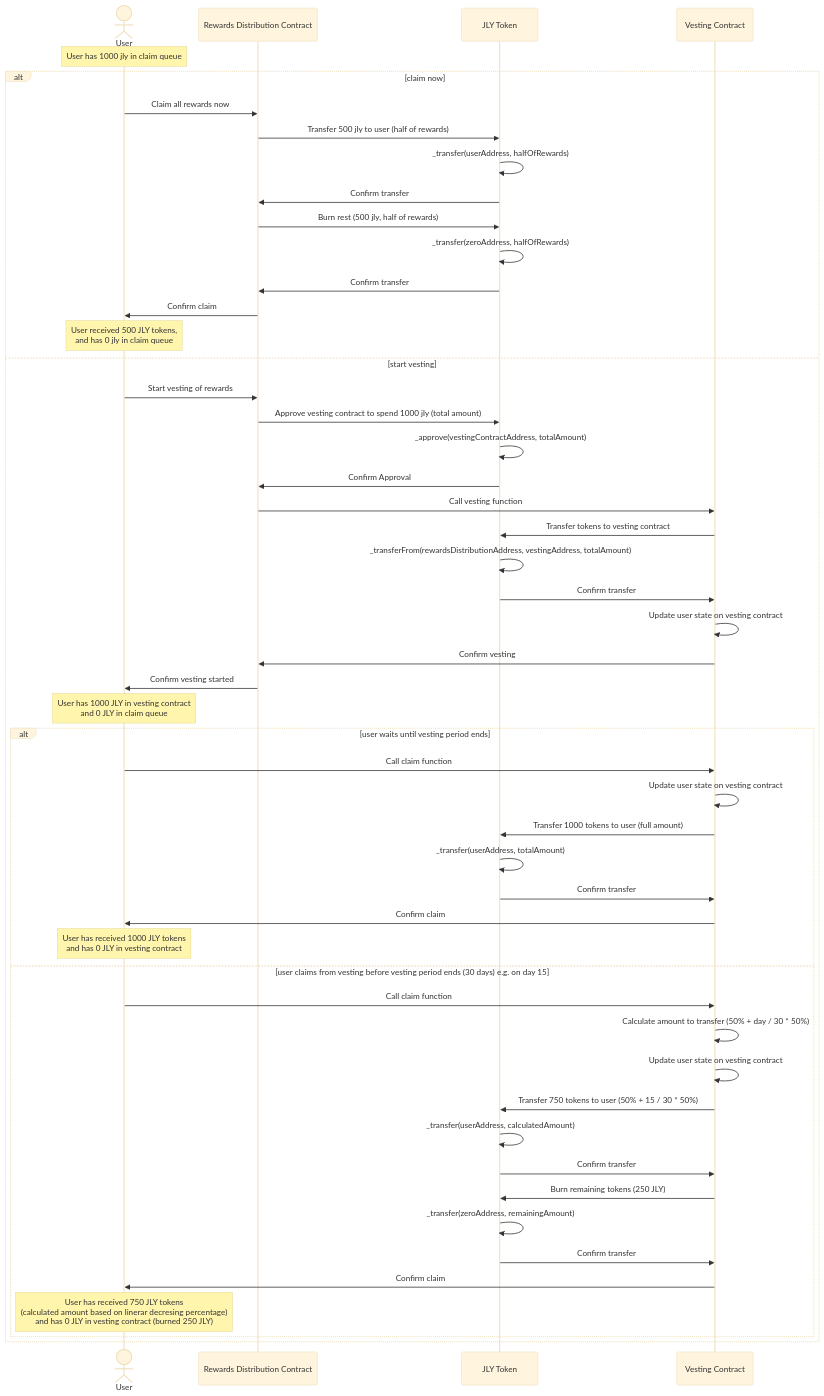
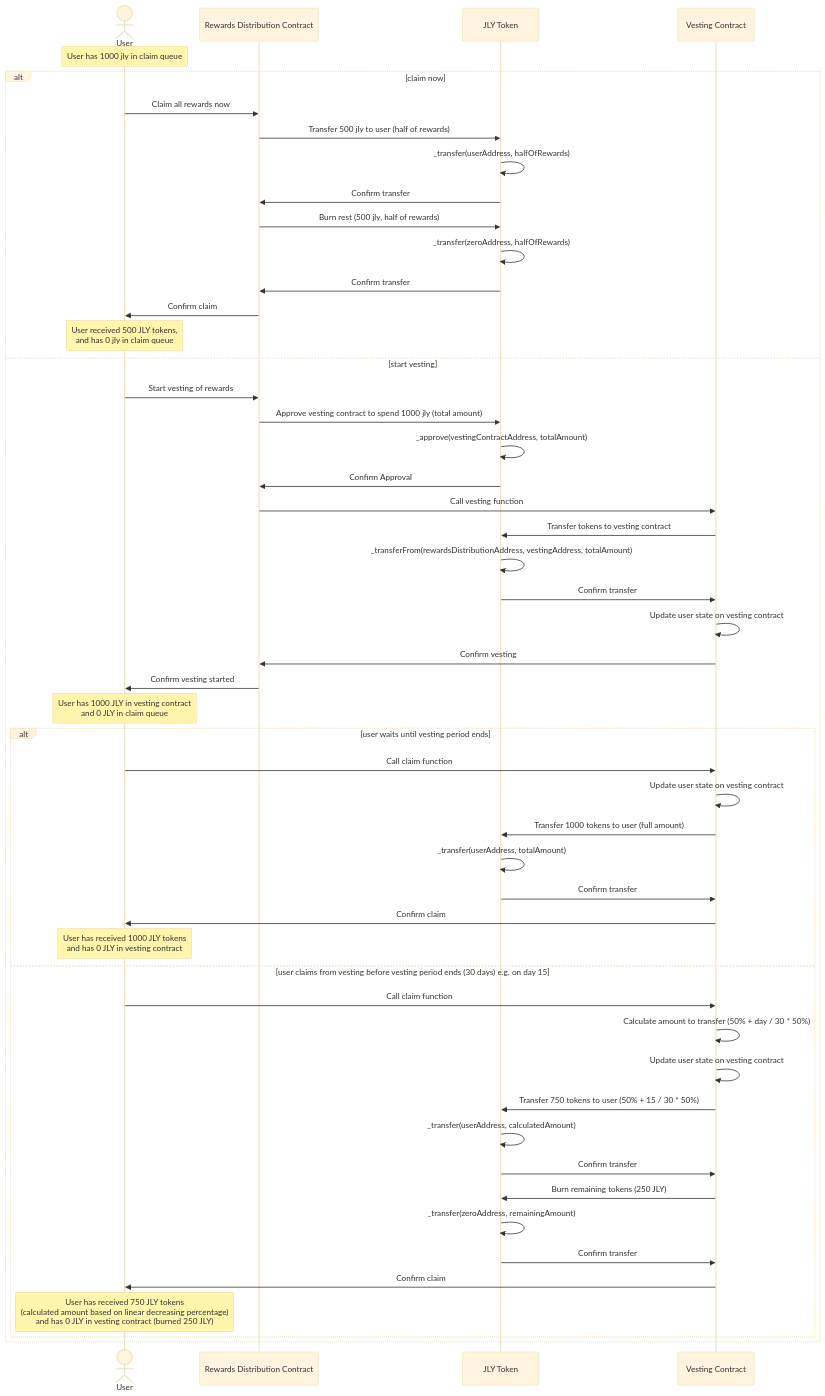
Before and after one commit to omahs/jelly-verse-contracts: the diagram in docs/RewardClaiming&VestingUml.md, drawn with Mermaid (base theme).

````diff
--- a/docs/RewardClaiming&VestingUml.md
+++ b/docs/RewardClaiming&VestingUml.md
@@ -17,53 +17,53 @@
 ```mermaid
 sequenceDiagram
     actor A as User
     participant B as Rewards Distribution Contract
     participant C as JLY Token
     participant D as Vesting Contract
     Note over A: User has 1000 jly in claim queue
     alt claim now
         A->>B: Claim all rewards now
         B->>C: Transfer 500 jly to user (half of rewards)
         C->>C: _transfer(userAddress, halfOfRewards)
         C->>B: Confirm transfer
         B->>C: Burn rest (500 jly, half of rewards)
         C->>C: _transfer(zeroAddress, halfOfRewards)
         C->>B: Confirm transfer
         B->>A: Confirm claim
     Note over A: User received 500 JLY tokens, <br/> and has 0 jly in claim queue
     else start vesting
         A->>B: Start vesting of rewards
         B->>C: Approve vesting contract to spend 1000 jly (total amount)
         C->>C: _approve(vestingContractAddress, totalAmount)
         C->>B: Confirm Approval
         B->>D: Call vesting function
         D->>C: Transfer tokens to vesting contract
         C->>C: _transferFrom(rewardsDistributionAddress, vestingAddress, totalAmount)
         C->>D: Confirm transfer
         D->>D: Update user state on vesting contract
         D->>B: Confirm vesting
         B->>A: Confirm vesting started
         Note over A: User has 1000 JLY in vesting contract <br/> and 0 JLY in claim queue
         alt user waits until vesting period ends
             A->>D: Call claim function
             D->>D: Update user state on vesting contract
             D->>C: Transfer 1000 tokens to user (full amount)
             C->>C: _transfer(userAddress, totalAmount)
             C->>D: Confirm transfer
             D->>A: Confirm claim
             Note over A: User has received 1000 JLY tokens <br/> and has 0 JLY in vesting contract
         else user claims from vesting before vesting period ends (30 days) e.g. on day 15
             A->>D: Call claim function
             D->>D: Calculate amount to transfer (50% + day / 30 * 50%)
             D->>D: Update user state on vesting contract
             D->>C: Transfer 750 tokens to user (50% + 15 / 30 * 50%)
             C->>C: _transfer(userAddress, calculatedAmount)
             C->>D: Confirm transfer
             D->>C: Burn remaining tokens (250 JLY)
             C->>C: _transfer(zeroAddress, remainingAmount)
             C->>D: Confirm transfer
             D->>A: Confirm claim
-            Note over A: User has received 750 JLY tokens <br/>(calculated amount based on linerar decresing percentage) <br/> and has 0 JLY in vesting contract (burned 250 JLY)
+            Note over A: User has received 750 JLY tokens <br/>(calculated amount based on linear decreasing percentage) <br/> and has 0 JLY in vesting contract (burned 250 JLY)
         end
     end
 ```
````
